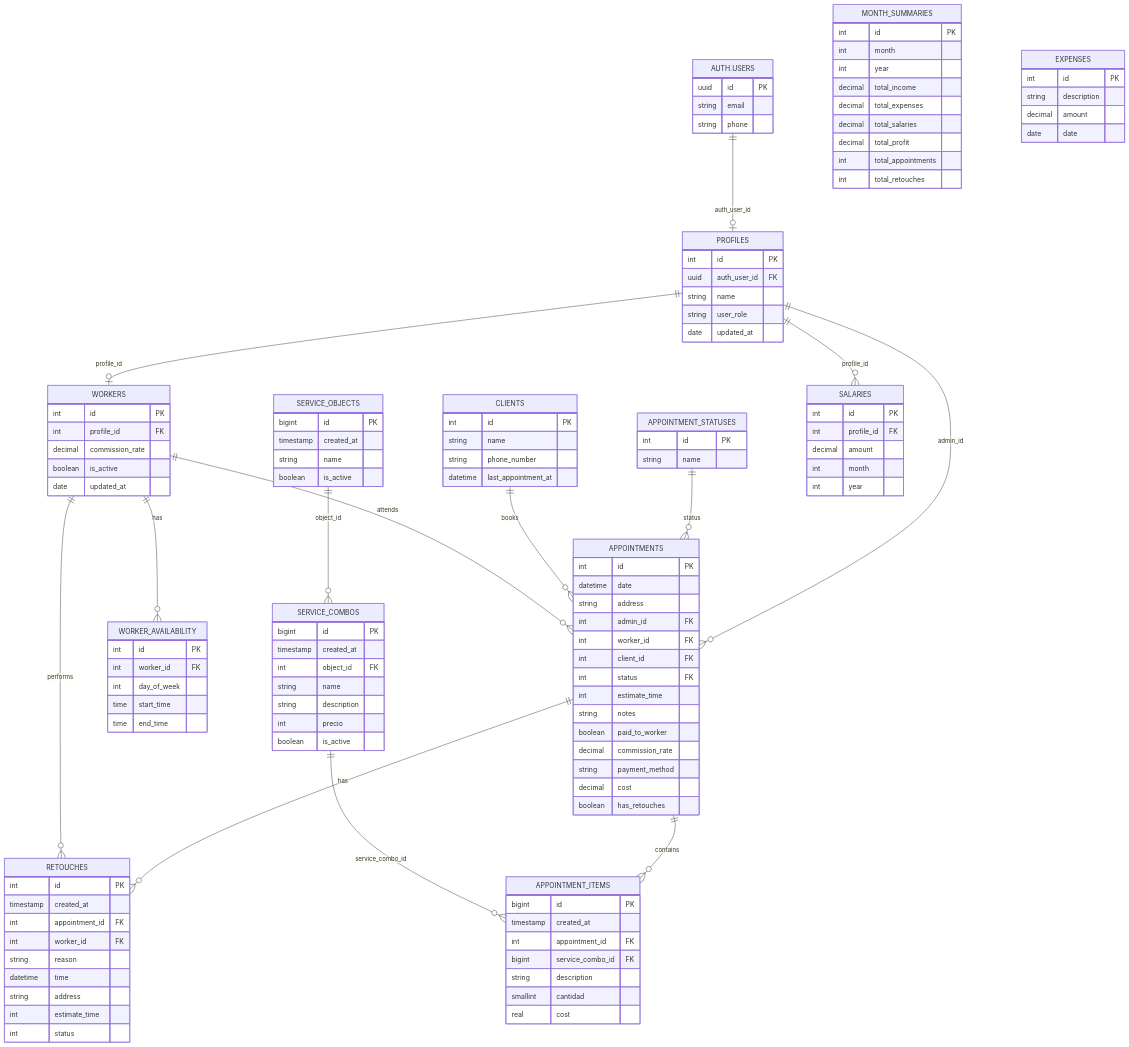
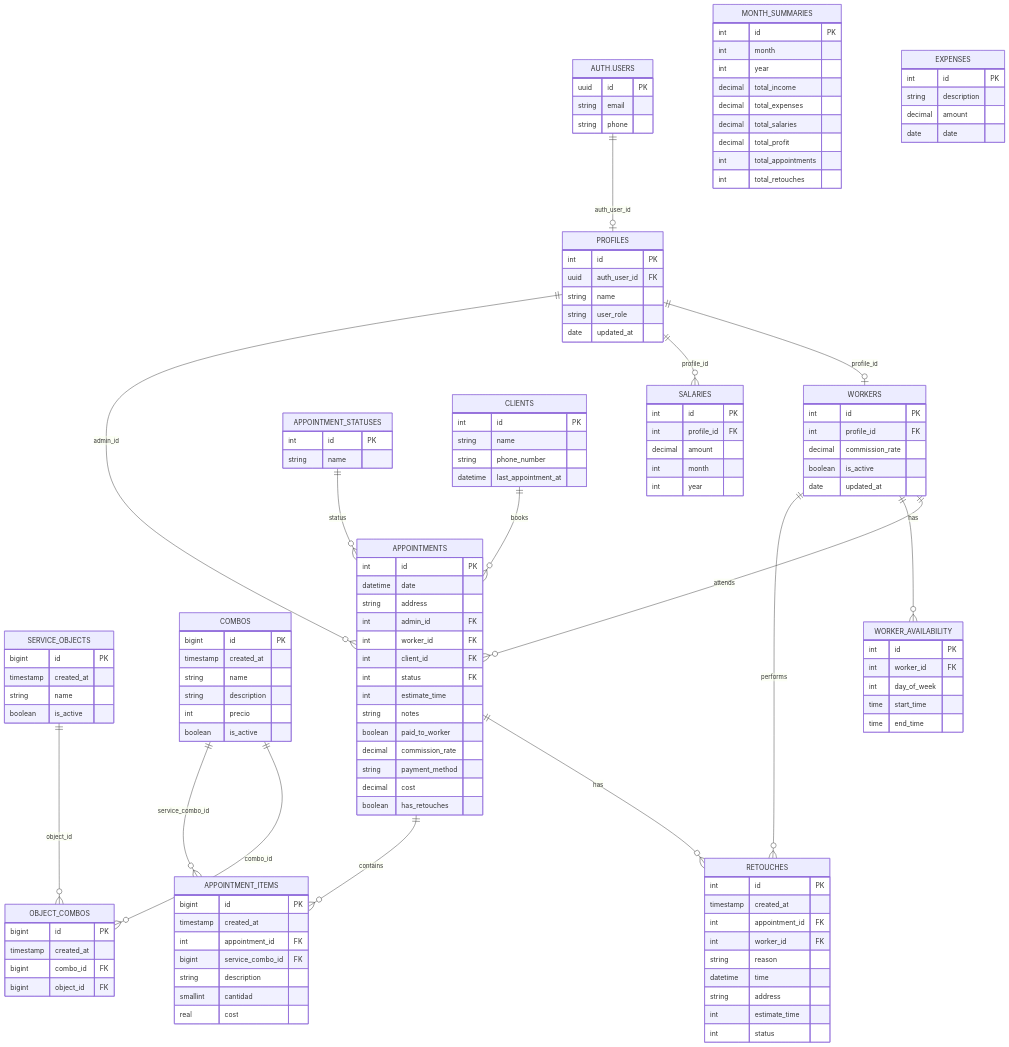
The diagram in docs/databaseModel.md (Jhonatan-calle/mobile-scheduling-app), drawn with Mermaid before and after one commit. The commit also changed 19 other files, not shown here.

```diff
--- a/docs/databaseModel.md
+++ b/docs/databaseModel.md
@@ -30,14 +30,20 @@
         boolean is_active
     }
 
-    SERVICE_COMBOS {
+    COMBOS {
         bigint id PK
         timestamp created_at
-        int object_id FK
         string name
         string description
         int precio
         boolean is_active
+    }
+
+    OBJECT_COMBOS {
+        bigint id PK
+        timestamp created_at
+        bigint combo_id FK
+        bigint object_id FK
     }
 
     APPOINTMENT_ITEMS{
@@ -134,8 +140,9 @@
     CLIENTS ||--o{ APPOINTMENTS : books
     APPOINTMENT_STATUSES ||--o{ APPOINTMENTS : status
     APPOINTMENTS ||--o{ RETOUCHES : has
-    SERVICE_OBJECTS ||--o{ SERVICE_COMBOS : object_id
-    SERVICE_COMBOS ||--o{ APPOINTMENT_ITEMS : service_combo_id
+    SERVICE_OBJECTS ||--o{ OBJECT_COMBOS : object_id
+    COMBOS ||--o{ OBJECT_COMBOS : combo_id
+    COMBOS ||--o{ APPOINTMENT_ITEMS : service_combo_id
     PROFILES ||--o{ SALARIES : profile_id
     APPOINTMENTS ||--o{ APPOINTMENT_ITEMS : contains
     PROFILES ||--o{ APPOINTMENTS : admin_id
```
